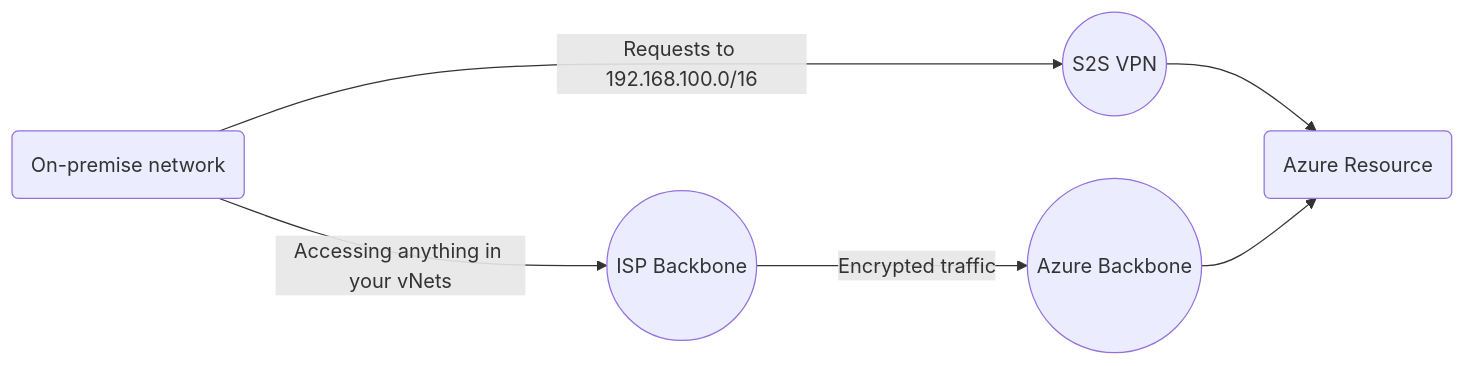
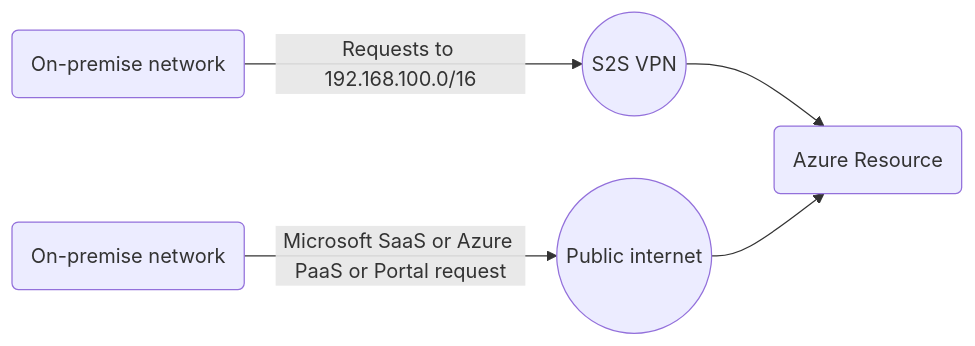
Before and after one commit to bigtoga/Examples: the third of 7 diagrams in Cloud - Azure/Azure Virtual Networks/ExpressRoute.md, drawn with Mermaid.

````diff
--- a/Cloud - Azure/Azure Virtual Networks/ExpressRoute.md
+++ b/Cloud - Azure/Azure Virtual Networks/ExpressRoute.md
@@ -75,8 +75,7 @@
 ```mermaid
 graph LR
     A(On-premise network) -- Requests to 192.168.100.0/16 --> B((S2S VPN))
     B --> C(Azure Resource)
-    A -- Accessing anything in your vNets --> D((ISP Backbone))
-    D -- Encrypted traffic --> E((Azure Backbone))
+    D(On-premise network) -- Microsoft SaaS or Azure PaaS or Portal request --> E((Public internet))
     E --> C
 ```    
````
